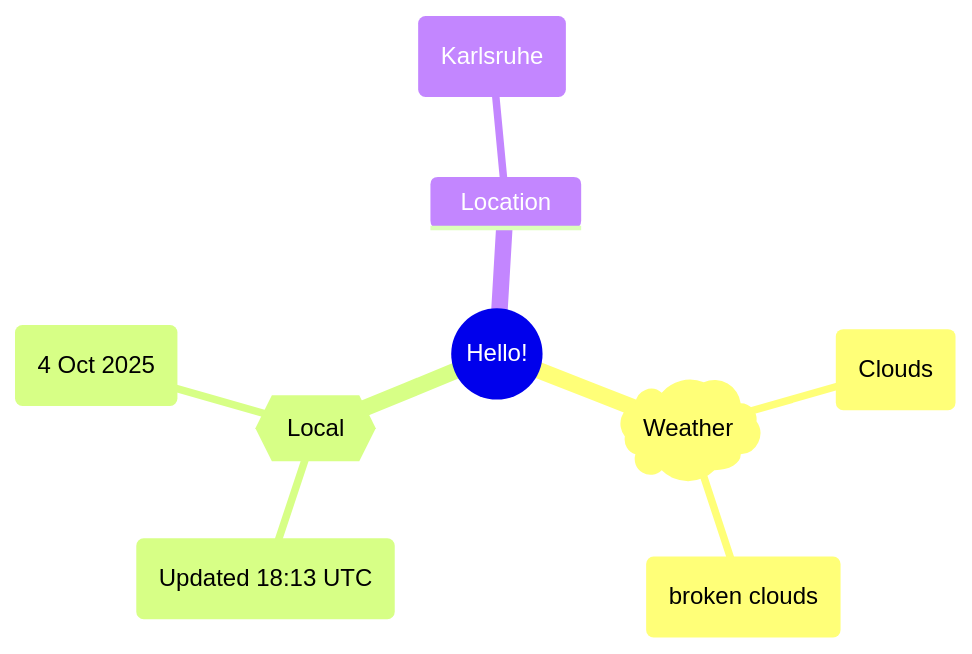
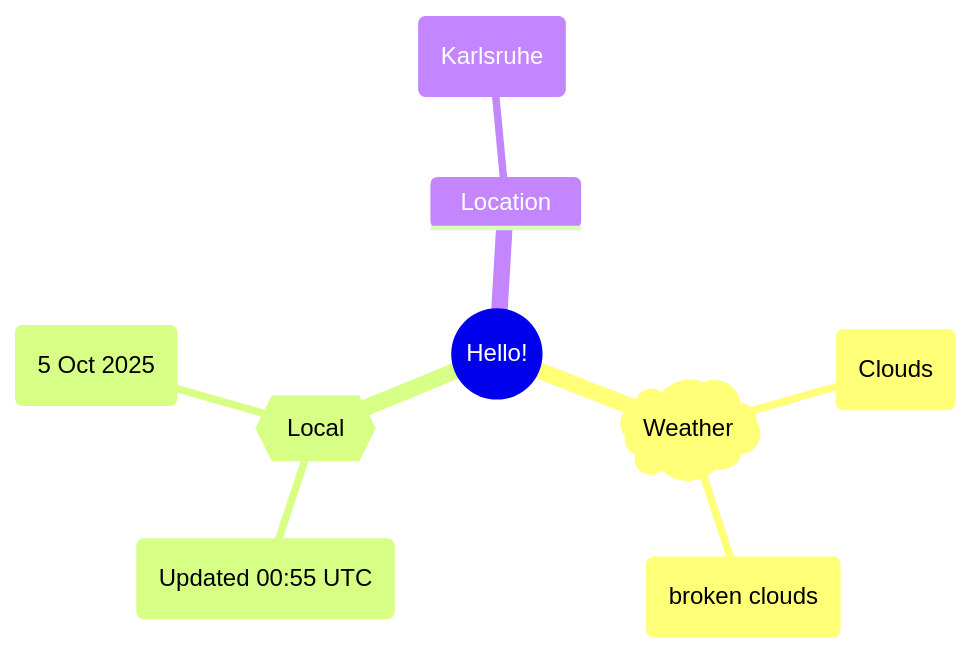
The first of 2 diagrams in README.md (Xosrov/Xosrov), drawn with Mermaid before and after one commit.

Commit message:
[bot] updated images

````diff
--- a/README.md
+++ b/README.md
@@ -3,12 +3,12 @@
 ```mermaid
 mindmap
   root((Hello!))
     )Weather(
         (Clouds)
         (broken clouds)
     {{Local}}
-        (Updated 18:13 UTC)
-        (4 Oct 2025)
+        (Updated 00:55 UTC)
+        (5 Oct 2025)
     Location
         (Karlsruhe)
 ```
````
